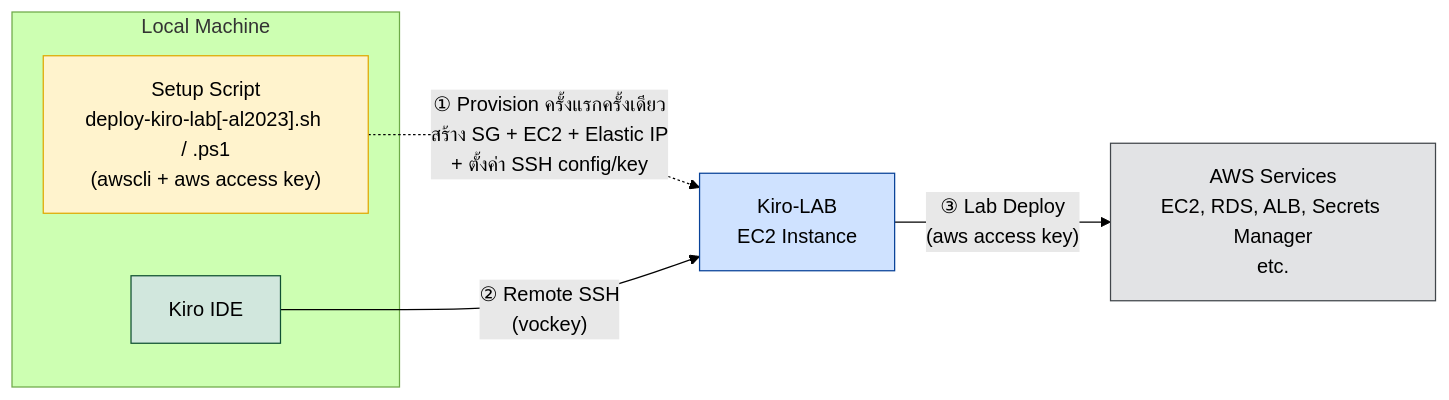
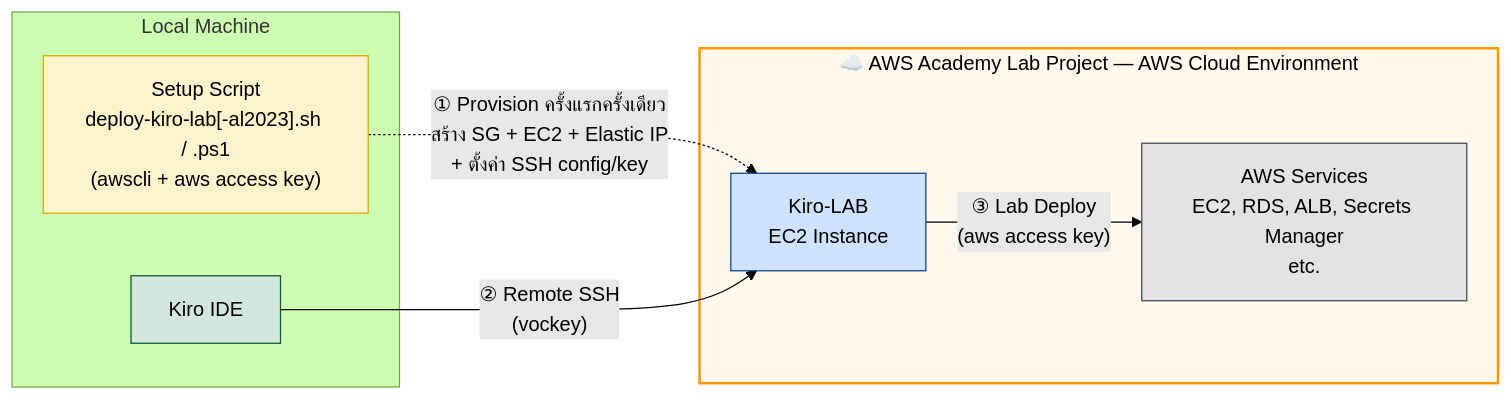
One commit to chaisit/aws-kiro-workshop changed the diagram in README.md. Above: the diagram before and after it, drawn with Mermaid (forest theme). The commit also changed 1 other file, not shown here.

Commit message:
docs: wrap Kiro-LAB and AWS Services in AWS Cloud Environment boundary
Add a subgraph around Kiro-LAB (EC2) and AWS Services in the architecture
diagram, labeled 'AWS Academy Lab Project - AWS Cloud Environment', so users
can see both run on AWS. Applied to both Thai (README.md) and English
(README.en.md) versions.

````diff
--- a/README.md
+++ b/README.md
@@ -15,16 +15,22 @@
 ```mermaid
 graph LR
     subgraph LOCAL[Local Machine]
         A[Kiro IDE]
         S["Setup Script<br/>deploy-kiro-lab[-al2023].sh / .ps1<br/>(awscli + aws access key)"]
     end
 
+    subgraph AWS["☁️ AWS Academy Lab Project — AWS Cloud Environment"]
+        B[Kiro-LAB<br/>EC2 Instance]
+        C[AWS Services<br/>EC2, RDS, ALB, Secrets Manager<br/>etc.]
+    end
+
     S -.->|"① Provision ครั้งแรกครั้งเดียว<br/>สร้าง SG + EC2 + Elastic IP<br/>+ ตั้งค่า SSH config/key"| B
-    A -->|"② Remote SSH<br/>(vockey)"| B[Kiro-LAB<br/>EC2 Instance]
-    B -->|"③ Lab Deploy<br/>(aws access key)"| C[AWS Services<br/>EC2, RDS, ALB, Secrets Manager<br/>etc.]
+    A -->|"② Remote SSH<br/>(vockey)"| B
+    B -->|"③ Lab Deploy<br/>(aws access key)"| C
 
     style S fill:#fff3cd,stroke:#e0a800,color:#000
     style A fill:#d1e7dd,stroke:#0f5132,color:#000
     style B fill:#cfe2ff,stroke:#084298,color:#000
     style C fill:#e2e3e5,stroke:#41464b,color:#000
+    style AWS fill:#fff8ec,stroke:#ff9900,stroke-width:2px,color:#000
 ```
````
